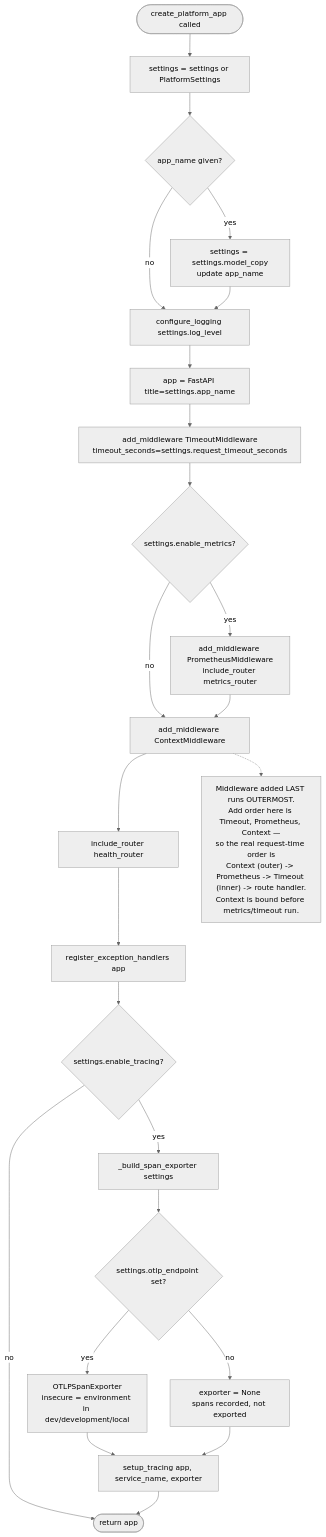
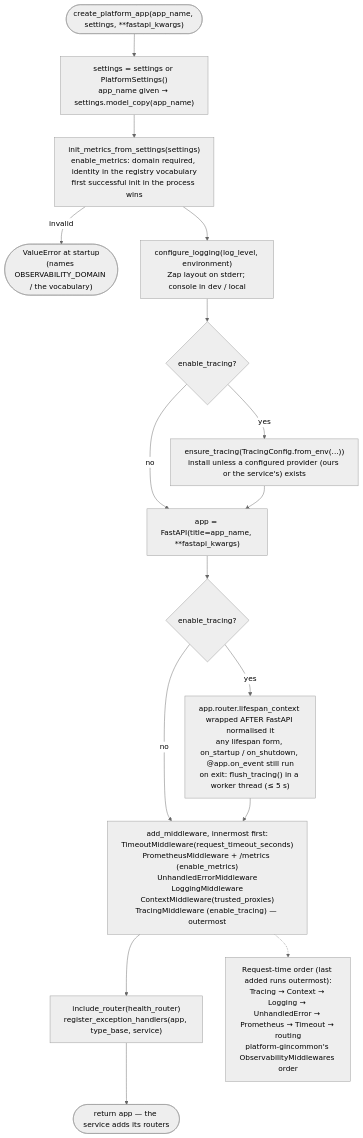
Before and after one commit to BCBP-SOLUTIONS-FZC-LLC/platform-fastapicommon: the diagram in docs/architecture/mermaid/bootstrap-flow.mmd, drawn with Mermaid (neutral theme). The commit also changed 141 other files, not shown here.

First line of the commit message:
feat!: align logs, metrics and traces with platform-gincommon v2; CI/CD port; production-readiness fixes (#25)

```diff
--- a/docs/architecture/mermaid/bootstrap-flow.mmd
+++ b/docs/architecture/mermaid/bootstrap-flow.mmd
@@ -1,28 +1,18 @@
 flowchart TD
-    A([create_platform_app called]) --> B[settings = settings or PlatformSettings]
-    B --> C{app_name given?}
-    C -- yes --> D[settings = settings.model_copy\nupdate app_name]
-    C -- no --> E
-    D --> E[configure_logging settings.log_level]
-    E --> F[app = FastAPI title=settings.app_name]
+    A(["create_platform_app(app_name, settings, **fastapi_kwargs)"]) --> B["settings = settings or PlatformSettings()<br/>app_name given → settings.model_copy(app_name)"]
+    B --> C["init_metrics_from_settings(settings)<br/>enable_metrics: domain required, identity in the registry vocabulary<br/>first successful init in the process wins"]
+    C -- invalid --> CX(["ValueError at startup<br/>(names OBSERVABILITY_DOMAIN / the vocabulary)"])
+    C --> D["configure_logging(log_level, environment)<br/>Zap layout on stderr; console in dev / local"]
+    D --> T{"enable_tracing?"}
+    T -- yes --> T1["ensure_tracing(TracingConfig.from_env(...))<br/>install unless a configured provider (ours or the service's) exists"]
+    T -- no --> F
+    T1 --> F["app = FastAPI(title=app_name, **fastapi_kwargs)"]
+    F --> LS{"enable_tracing?"}
+    LS -- yes --> L1["app.router.lifespan_context wrapped AFTER FastAPI normalised it<br/>any lifespan form, on_startup / on_shutdown, @app.on_event still run<br/>on exit: flush_tracing() in a worker thread (≤ 5 s)"]
+    LS -- no --> M
+    L1 --> M["add_middleware, innermost first:<br/>TimeoutMiddleware(request_timeout_seconds)<br/>PrometheusMiddleware + /metrics (enable_metrics)<br/>UnhandledErrorMiddleware<br/>LoggingMiddleware<br/>ContextMiddleware(trusted_proxies)<br/>TracingMiddleware (enable_tracing) — outermost"]
+    M --> H["include_router(health_router)<br/>register_exception_handlers(app, type_base, service)"]
+    H --> R(["return app — the service adds its routers"])
 
-    F --> G["add_middleware TimeoutMiddleware\ntimeout_seconds=settings.request_timeout_seconds"]
-    G --> H{settings.enable_metrics?}
-    H -- yes --> I["add_middleware PrometheusMiddleware\ninclude_router metrics_router"]
-    H -- no --> J
-    I --> J["add_middleware ContextMiddleware"]
-
-    J --> K[include_router health_router]
-    K --> L[register_exception_handlers app]
-    L --> M{settings.enable_tracing?}
-    M -- yes --> N["_build_span_exporter settings"]
-    N --> O{settings.otlp_endpoint set?}
-    O -- yes --> P["OTLPSpanExporter\ninsecure = environment in dev/development/local"]
-    O -- no --> Q["exporter = None\nspans recorded, not exported"]
-    P --> R[setup_tracing app, service_name, exporter]
-    Q --> R
-    M -- no --> S
-    R --> S([return app])
-
-    Note1["Middleware added LAST runs OUTERMOST.\nAdd order here is Timeout, Prometheus, Context —\nso the real request-time order is\nContext (outer) -> Prometheus -> Timeout (inner) -> route handler.\nContext is bound before metrics/timeout run."]
-    J -.-> Note1
+    N["Request-time order (last added runs outermost):<br/>Tracing → Context → Logging → UnhandledError → Prometheus → Timeout → routing<br/>platform-gincommon's ObservabilityMiddlewares order"]
+    M -.-> N
```
